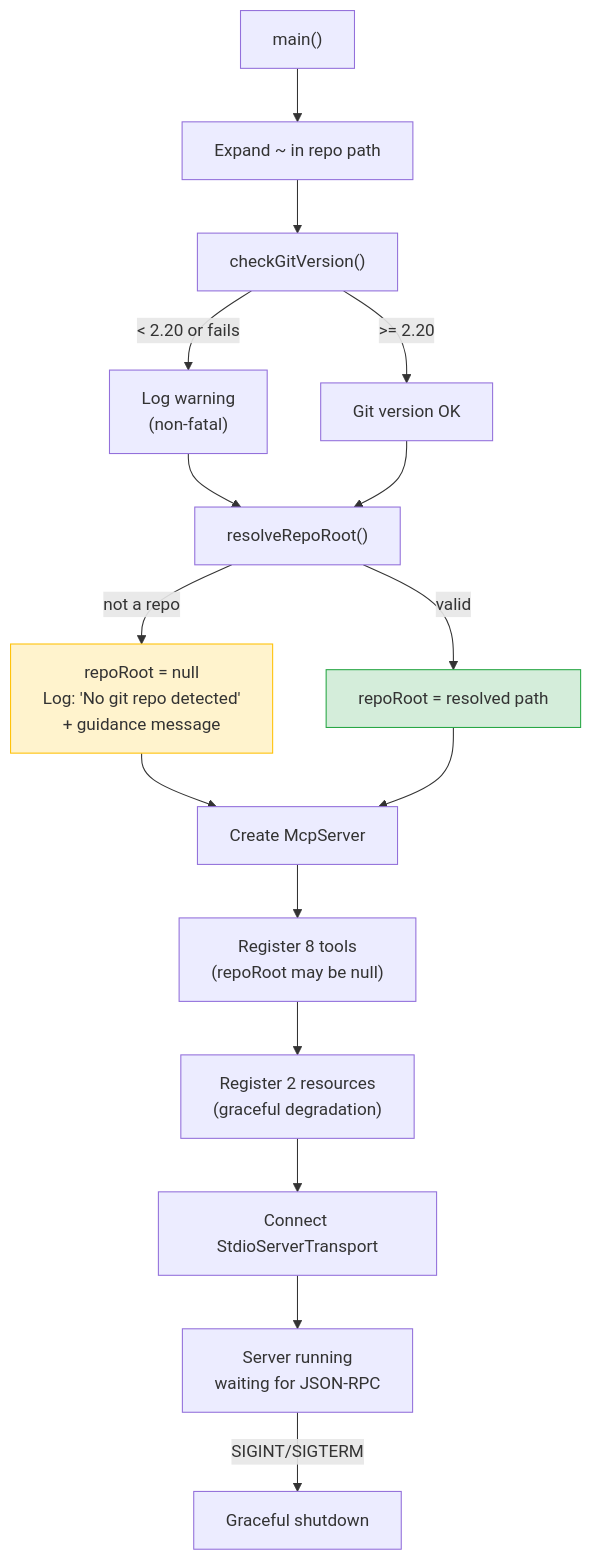
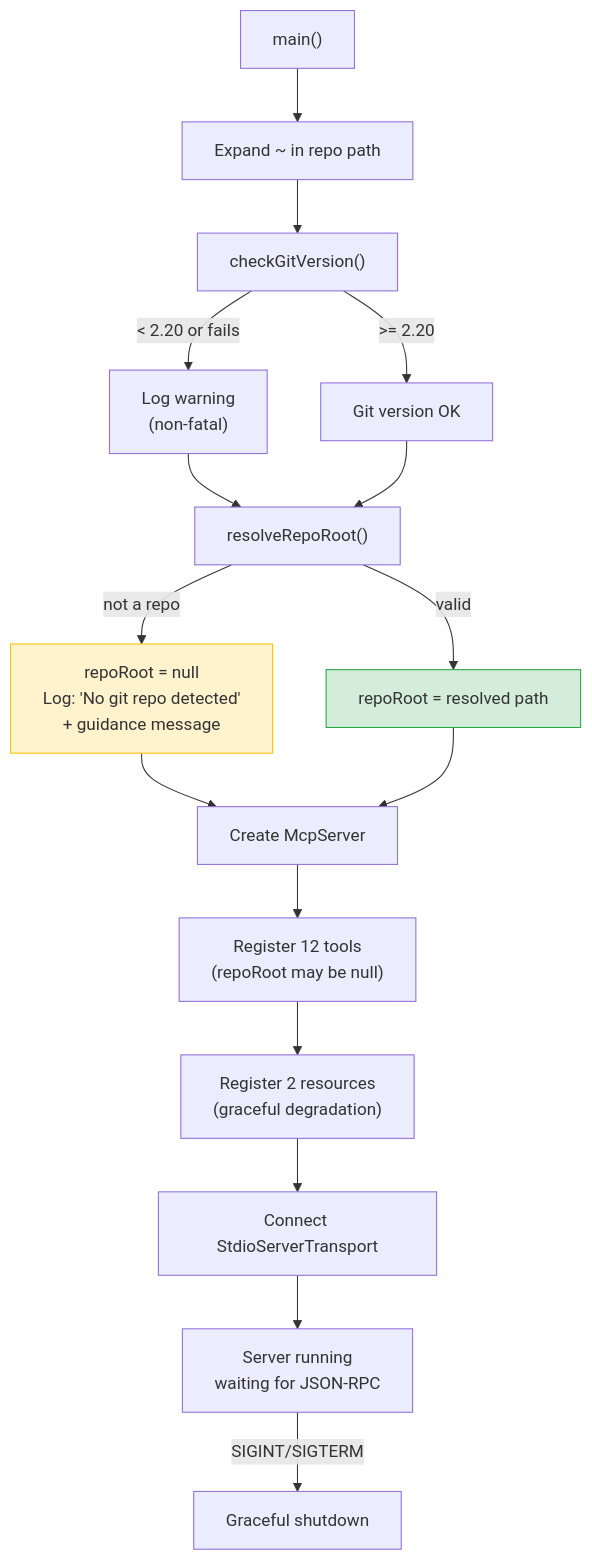
The eighth of 10 diagrams in ARCHITECTURE.md (hoangsonww/GitIntel-MCP-Server), drawn with Mermaid before and after one commit. The commit also changed other lines of this file and 12 other files, not shown here.

````diff
--- a/ARCHITECTURE.md
+++ b/ARCHITECTURE.md
@@ -460,21 +478,21 @@
 ```mermaid
 graph TD
     Start["main()"] --> ExpandHome["Expand ~ in repo path"]
     ExpandHome --> CheckGit["checkGitVersion()"]
     CheckGit -->|"< 2.20 or fails"| WarnGit["Log warning\n(non-fatal)"]
     CheckGit -->|">= 2.20"| GotVersion["Git version OK"]
     WarnGit --> ResolveRoot
     GotVersion --> ResolveRoot["resolveRepoRoot()"]
     ResolveRoot -->|"not a repo"| NoRepo["repoRoot = null\nLog: 'No git repo detected'\n+ guidance message"]
     ResolveRoot -->|"valid"| HasRepo["repoRoot = resolved path"]
     NoRepo --> CreateServer["Create McpServer"]
     HasRepo --> CreateServer
-    CreateServer --> RegisterTools["Register 8 tools\n(repoRoot may be null)"]
+    CreateServer --> RegisterTools["Register 12 tools\n(repoRoot may be null)"]
     RegisterTools --> RegisterResources["Register 2 resources\n(graceful degradation)"]
     RegisterResources --> Connect["Connect StdioServerTransport"]
     Connect --> Running["Server running\nwaiting for JSON-RPC"]
     Running -->|"SIGINT/SIGTERM"| Shutdown["Graceful shutdown"]
 
     style NoRepo fill:#fff3cd,stroke:#ffc107
     style HasRepo fill:#d4edda,stroke:#28a745
 ```
````
